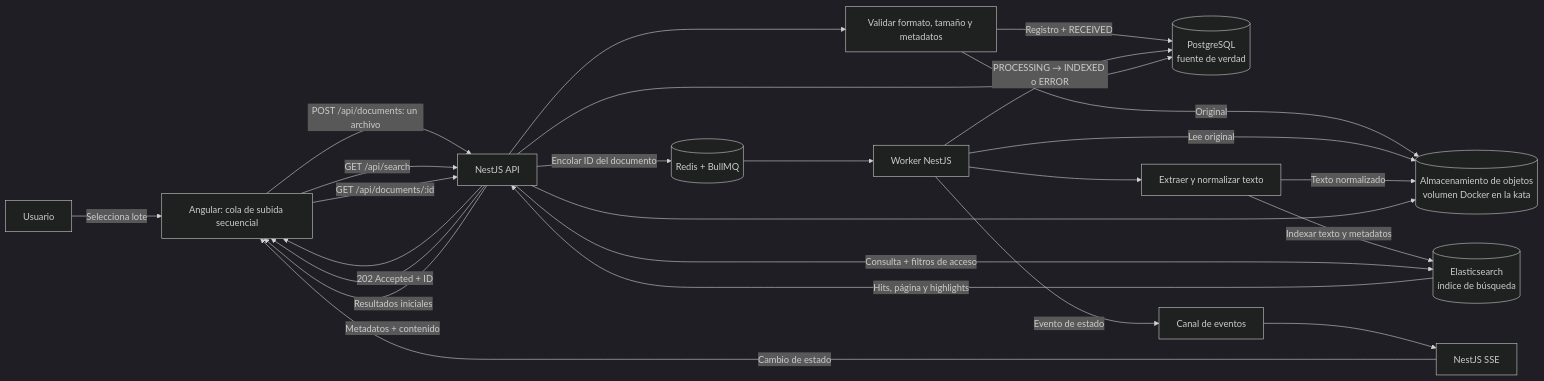
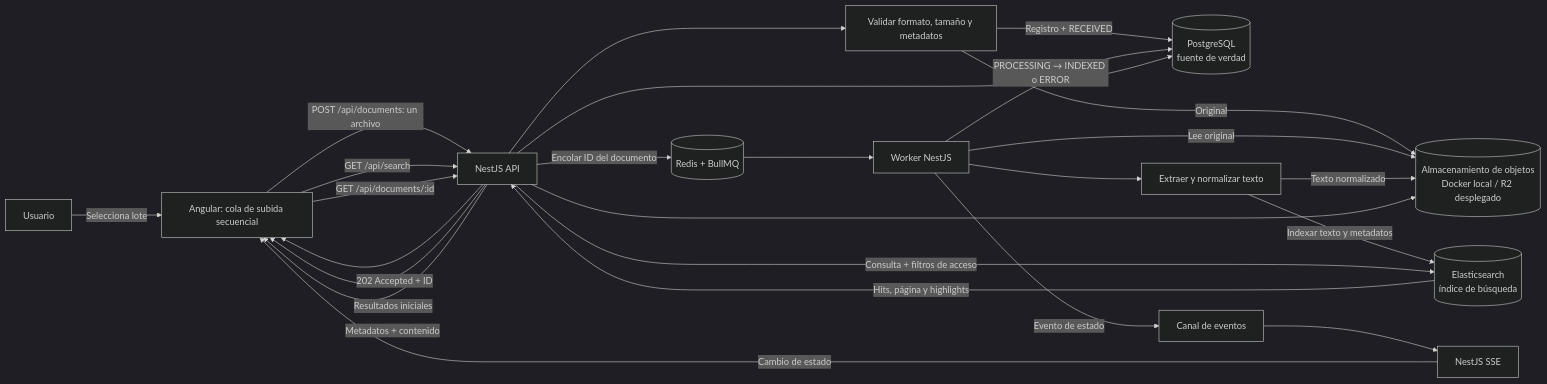
The diagram in docs/architecture.md (jeissonlazo/technical_document_search_and_view), drawn with Mermaid (dark theme) before and after one commit. The commit also changed other lines of this file and 2 other files, not shown here.

Commit message:
Update architecture and technical decisions documentation; enhance storage strategy and scalability details

````diff
--- a/docs/architecture.md
+++ b/docs/architecture.md
@@ -26,27 +26,27 @@
 ```mermaid
 flowchart LR
     U[Usuario] -->|Selecciona lote| A[Angular: cola de subida secuencial]
     A -->|POST /api/documents: un archivo| API[NestJS API]
     API --> V[Validar formato, tamaño y metadatos]
-    V -->|Original| OS[(Almacenamiento de objetos<br/>volumen Docker en la kata)]
+    V -->|Original| OS[(Almacenamiento de objetos<br/>Docker local / R2 desplegado)]
     V -->|Registro + RECEIVED| PG[(PostgreSQL<br/>fuente de verdad)]
     API -->|Encolar ID del documento| R[(Redis + BullMQ)]
     API -->|202 Accepted + ID| A
     R --> W[Worker NestJS]
     W -->|Lee original| OS
     W --> X[Extraer y normalizar texto]
     X -->|Texto normalizado| OS
     X -->|Indexar texto y metadatos| ES[(Elasticsearch<br/>índice de búsqueda)]
     W -->|PROCESSING → INDEXED o ERROR| PG
     W -->|Evento de estado| BUS[Canal de eventos]
     BUS --> SSE[NestJS SSE]
     SSE -->|Cambio de estado| A
     A -->|GET /api/search| API
     API -->|Consulta + filtros de acceso| ES
     ES -->|Hits, página y highlights| API
     API -->|Resultados iniciales| A
     A -->|GET /api/documents/:id| API
     API --> PG
     API --> OS
     API -->|Metadatos + contenido| A
 ```
````
